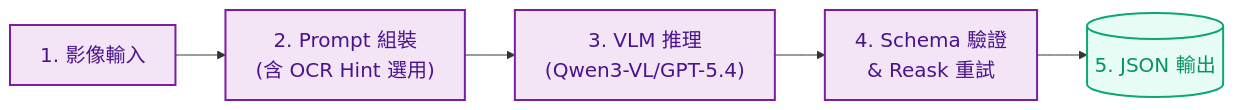
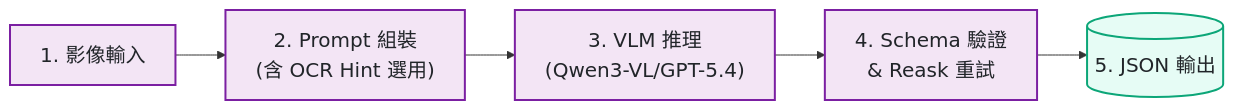
One commit to kuotunyu/receipt-ocr-vlm-benchmark changed the second of 3 diagrams in README.md. Above: the diagram before and after it, drawn with Mermaid. The commit also changed other lines of this file, not shown here.

Commit message:
style(docs): set all flowchart node text to solid black (#212529) for clean contrast

````diff
--- a/README.md
+++ b/README.md
@@ -47,11 +47,11 @@
 ```mermaid
 %%{init: {'themeVariables': {'fontSize': '20px'}}}%%
 flowchart LR
     B1["1. 影像輸入"] --> B2["2. Prompt 組裝<br/>(含 OCR Hint 選用)"] --> B3["3. VLM 推理<br/>(Qwen3-VL/GPT-5.4)"] --> B4["4. Schema 驗證<br/>& Reask 重試"] --> B5[("5. JSON 輸出")]
 
-    classDef vlmStyle fill:#f3e5f5,stroke:#7b1fa2,stroke-width:2px,color:#4a148c
-    classDef outStyle fill:#e6fcf5,stroke:#0ca678,stroke-width:2px,color:#099268
+    classDef vlmStyle fill:#f3e5f5,stroke:#7b1fa2,stroke-width:2px,color:#212529
+    classDef outStyle fill:#e6fcf5,stroke:#0ca678,stroke-width:2px,color:#212529
 
     class B1,B2,B3,B4 vlmStyle
     class B5 outStyle
 ```
````
